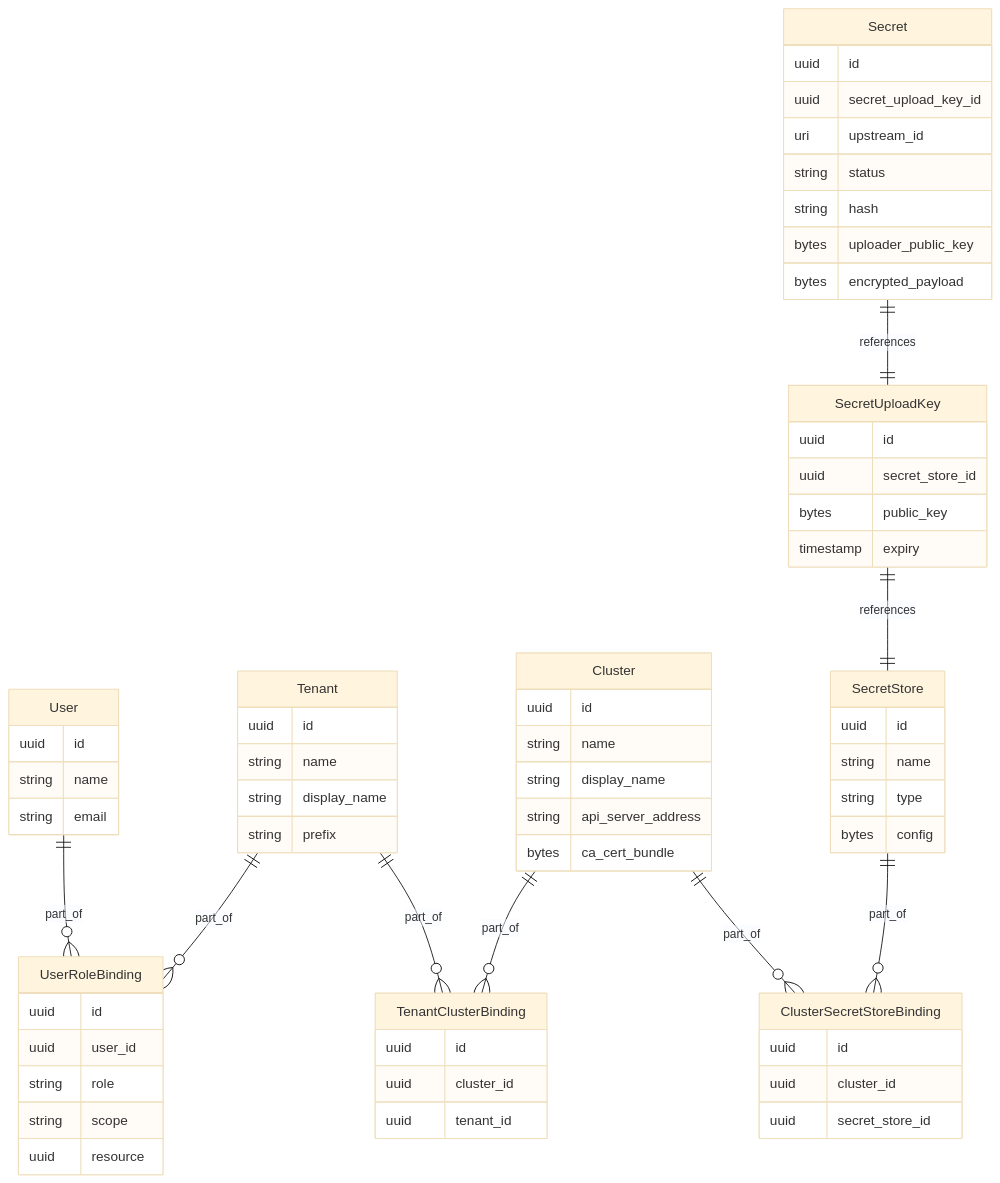
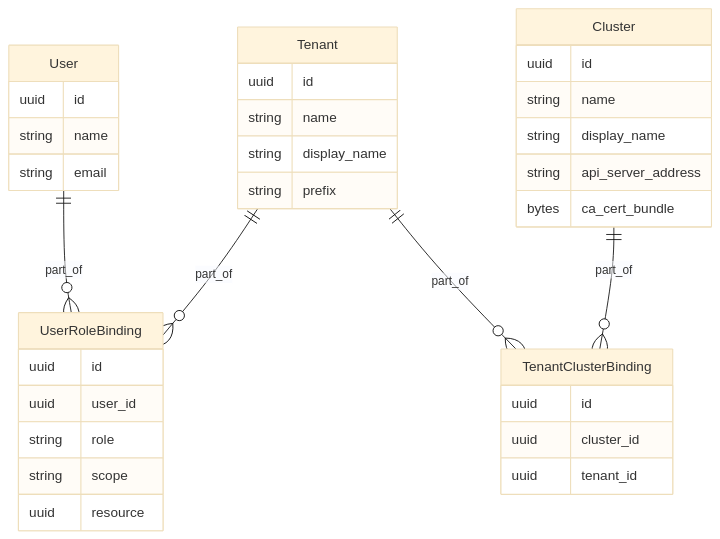
The diagram in docs/concepts/data-model.md (finleap-connect/monoskope), drawn with Mermaid (base theme) before and after one commit.

Commit message:
Cleanup data model by removing secrets (#181)
* Cleanup data model by removing secrets

* Update data-model.md

````diff
--- a/docs/concepts/data-model.md
+++ b/docs/concepts/data-model.md
@@ -7,80 +7,43 @@
 ```mermaid
 erDiagram
     User {
         uuid id
         string name
         string email
     }
 
     UserRoleBinding {
         uuid id
         uuid user_id
         string role
         string scope
         uuid resource
     }
 
     Cluster {
         uuid id
         string name
         string display_name
         string api_server_address
         bytes ca_cert_bundle
     }
 
     Tenant {
         uuid id
         string name
         string display_name
         string prefix
     }
 
     TenantClusterBinding {
         uuid id
         uuid cluster_id
         uuid tenant_id
     }
 
-    ClusterSecretStoreBinding {
-        uuid id
-        uuid cluster_id
-        uuid secret_store_id
-    }
-
-    SecretStore {
-        uuid id
-        string name
-        string type
-        bytes config
-    }
-
-    Secret {
-        uuid id
-        uuid secret_upload_key_id
-        uri upstream_id
-        string status
-        string hash
-        bytes uploader_public_key
-        bytes encrypted_payload
-    }
-
-    SecretUploadKey {
-       uuid id
-       uuid secret_store_id
-       bytes public_key
-       timestamp expiry
-    }
-
-    Secret ||--|| SecretUploadKey : references
-
-    SecretUploadKey ||--|| SecretStore : references
-
     User ||--o{ UserRoleBinding : part_of
     Tenant ||--o{ UserRoleBinding : part_of
 
     Tenant ||--o{ TenantClusterBinding : part_of
     Cluster ||--o{ TenantClusterBinding : part_of
-
-    Cluster ||--o{ ClusterSecretStoreBinding : part_of
-    SecretStore ||--o{ ClusterSecretStoreBinding : part_of
 ```
````
